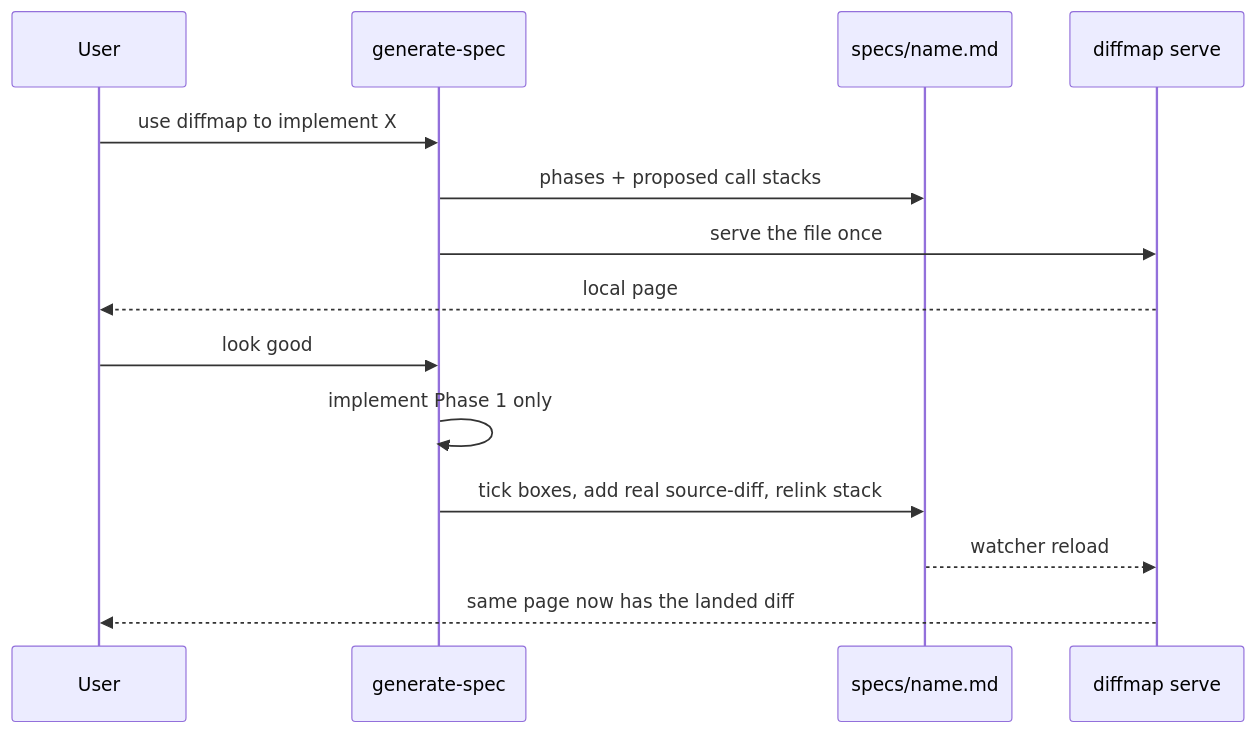
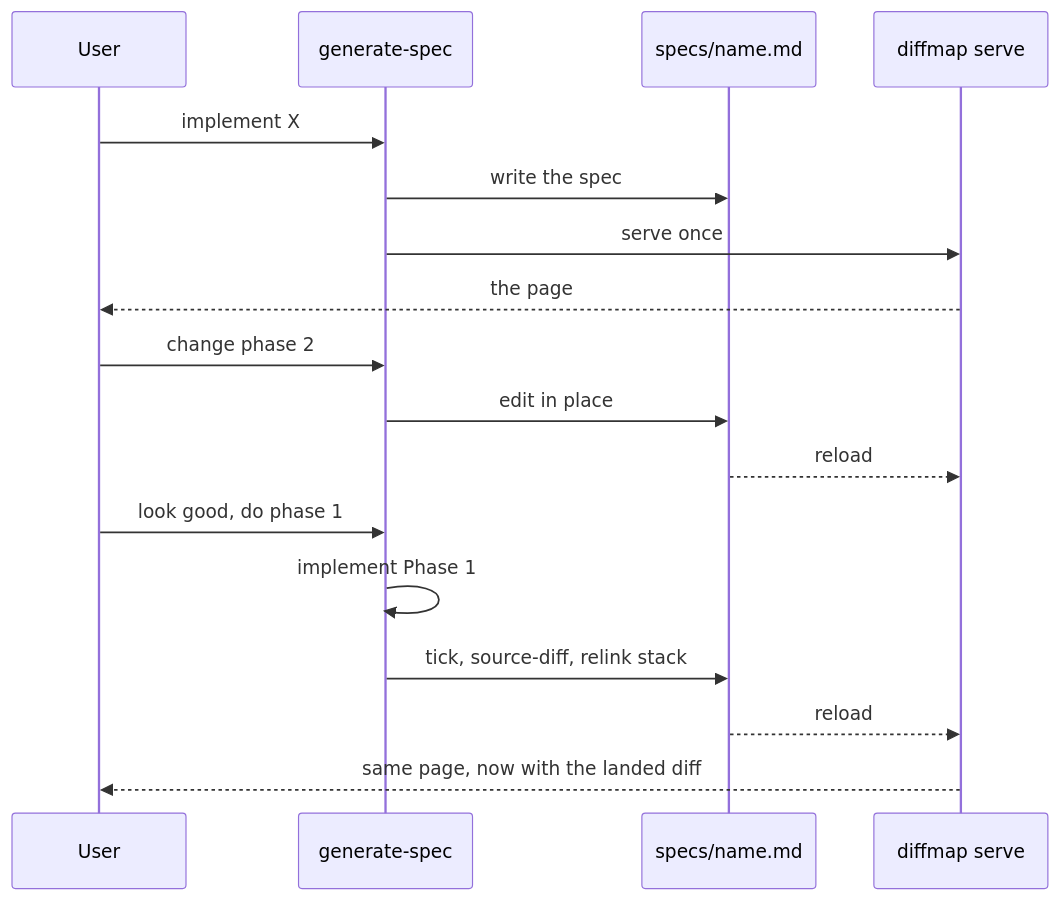
The third of 3 diagrams in specs/merge-generate-spec-walkthrough.md (tanishqkancharla/diffmap), drawn with Mermaid before and after one commit. The commit also changed other lines of this file, not shown here.

First line of the commit message:
Reframe merge spec as one living document

````diff
--- a/specs/merge-generate-spec-walkthrough.md
+++ b/specs/merge-generate-spec-walkthrough.md
@@ -62,20 +54,23 @@
 ```mermaid
 sequenceDiagram
   participant User
   participant Skill as generate-spec
   participant File as specs/name.md
   participant Viewer as diffmap serve
-  User->>Skill: use diffmap to implement X
-  Skill->>File: phases + proposed call stacks
-  Skill->>Viewer: serve the file once
-  Viewer-->>User: local page
-  User->>Skill: look good
-  Skill->>Skill: implement Phase 1 only
-  Skill->>File: tick boxes, add real source-diff, relink stack
-  File-->>Viewer: watcher reload
-  Viewer-->>User: same page now has the landed diff
+  User->>Skill: implement X
+  Skill->>File: write the spec
+  Skill->>Viewer: serve once
+  Viewer-->>User: the page
+  User->>Skill: change phase 2
+  Skill->>File: edit in place
+  File-->>Viewer: reload
+  User->>Skill: look good, do phase 1
+  Skill->>Skill: implement Phase 1
+  Skill->>File: tick, source-diff, relink stack
+  File-->>Viewer: reload
+  Viewer-->>User: same page, now with the landed diff
   %% ref node:Skill [[skills/generate-spec/SKILL.md]]
   %% ref node:Viewer [[src/serve.ts#startServer]]
   %% ref edge:2 [[src/cli.ts]]
-  %% ref edge:7 [[src/contentPlugin.ts#diffmapContentPlugin]]
+  %% ref edge:10 [[src/contentPlugin.ts#diffmapContentPlugin]]
 ```
````
